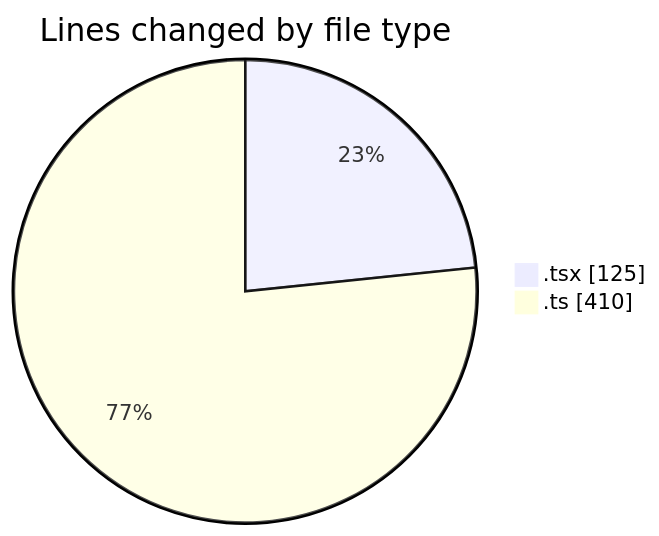
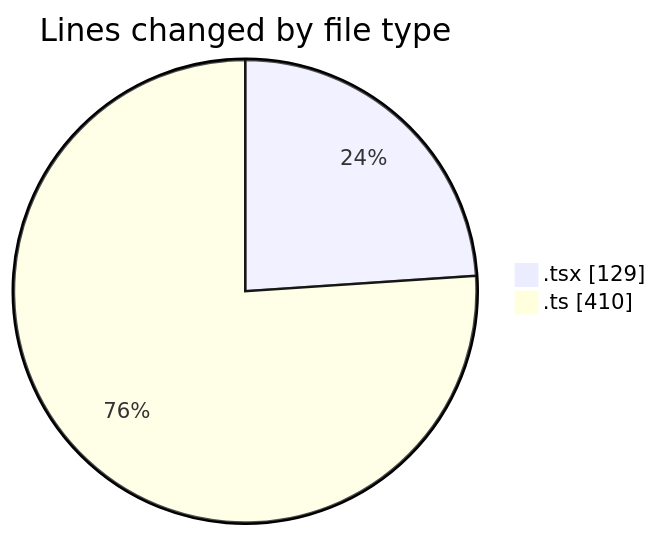
One commit to momahboobian/code-tracking changed the first of 2 diagrams in 2026-03-26/cda/README.md. Above: the diagram before and after it, drawn with Mermaid. The commit also changed other lines of this file and 1 other file, not shown here.

````diff
--- a/2026-03-26/cda/README.md
+++ b/2026-03-26/cda/README.md
@@ -22,6 +22,6 @@
 ```mermaid
 pie showData
 title Lines changed by file type
-".tsx" : 125
+".tsx" : 129
 ".ts" : 410
 ```
````
